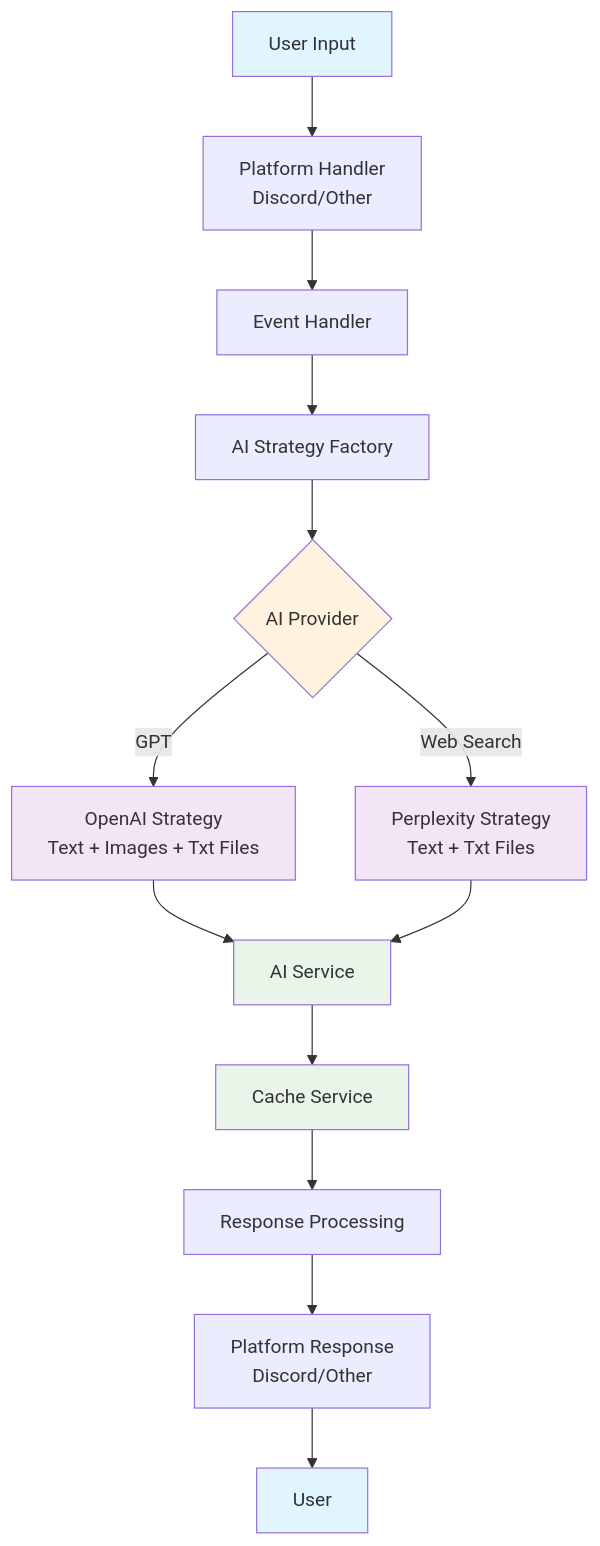
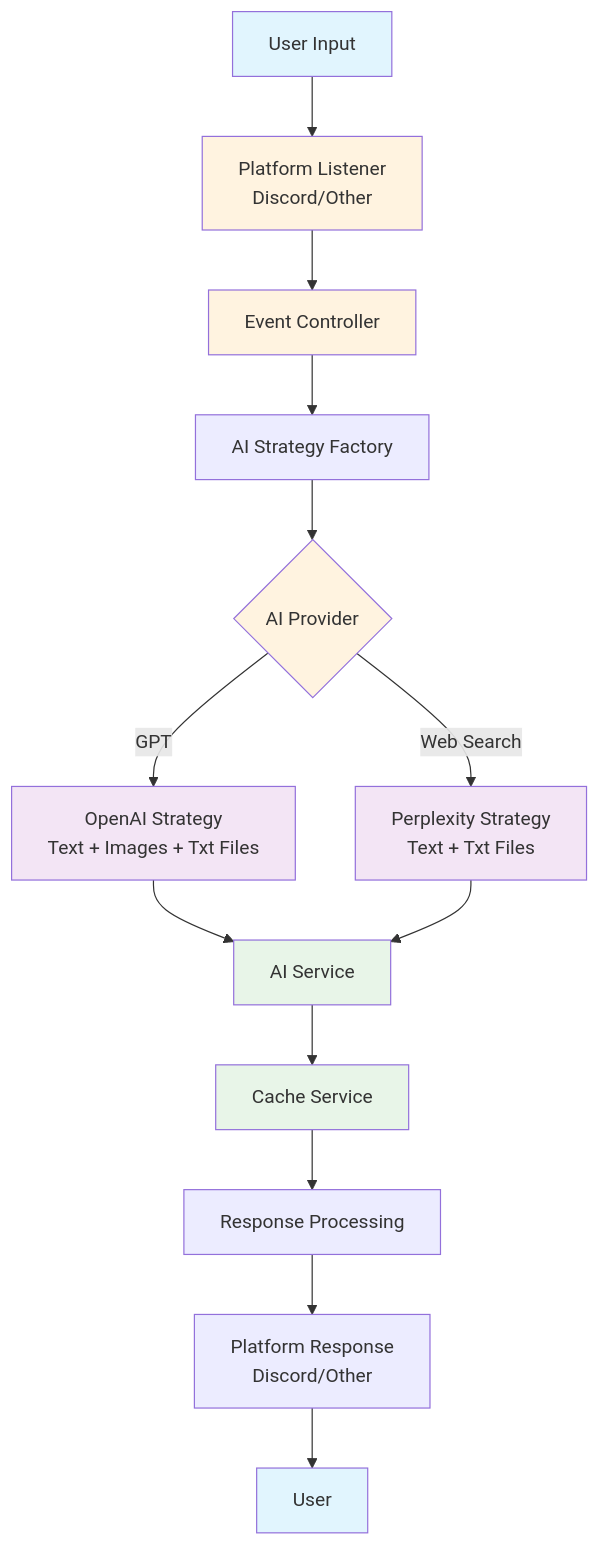
Before and after one commit to DeafeningRoar/discord-gpt: the diagram in README.md, drawn with Mermaid. The commit also changed other lines of this file and 13 other files, not shown here.

````diff
--- a/README.md
+++ b/README.md
@@ -22,23 +25,25 @@
 ```mermaid
 graph TD
-    A[User Input] --> B[Platform Handler<br/>Discord/Other]
-    B --> C[Event Handler]
+    A[User Input] --> B[Platform Listener<br/>Discord/Other]
+    B --> C[Event Controller]
     C --> D[AI Strategy Factory]
     D --> E{AI Provider}
     E -->|GPT| F[OpenAI Strategy<br/>Text + Images + Txt Files]
     E -->|Web Search| G[Perplexity Strategy<br/>Text + Txt Files]
     F --> H[AI Service]
     G --> H
     H --> I[Cache Service]
     I --> J[Response Processing]
     J --> K[Platform Response<br/>Discord/Other]
     K --> L[User]
 
     style A fill:#e1f5fe
     style L fill:#e1f5fe
+    style B fill:#fff3e0
+    style C fill:#fff3e0
     style E fill:#fff3e0
     style F fill:#f3e5f5
     style G fill:#f3e5f5
     style H fill:#e8f5e8
     style I fill:#e8f5e8
 ```
````
